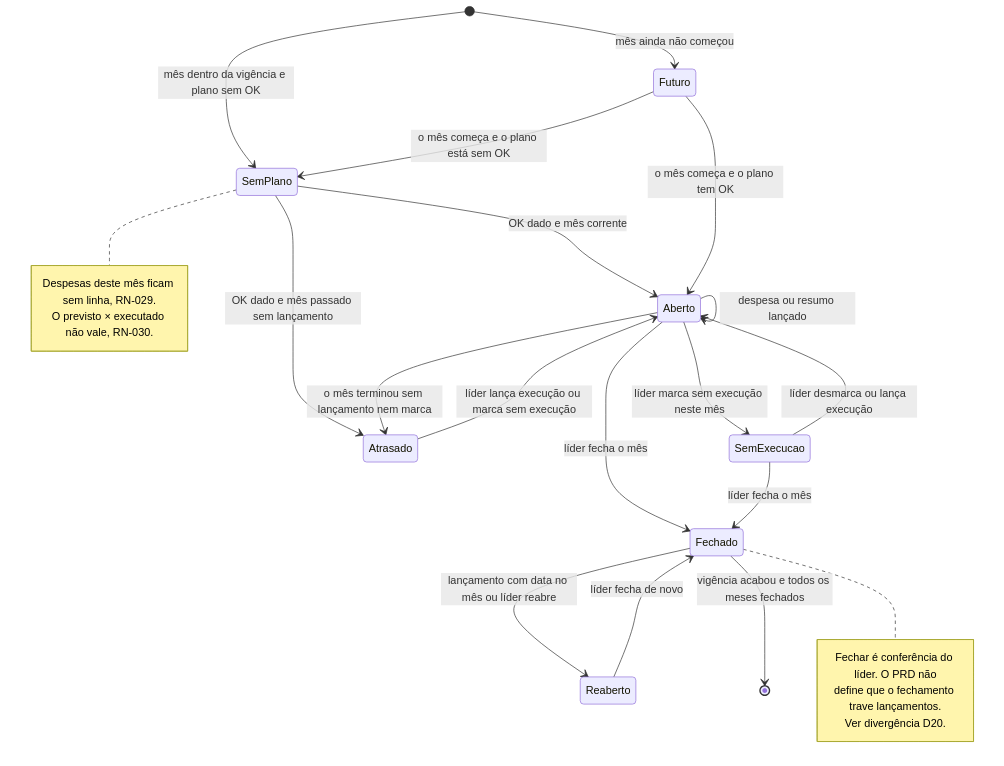
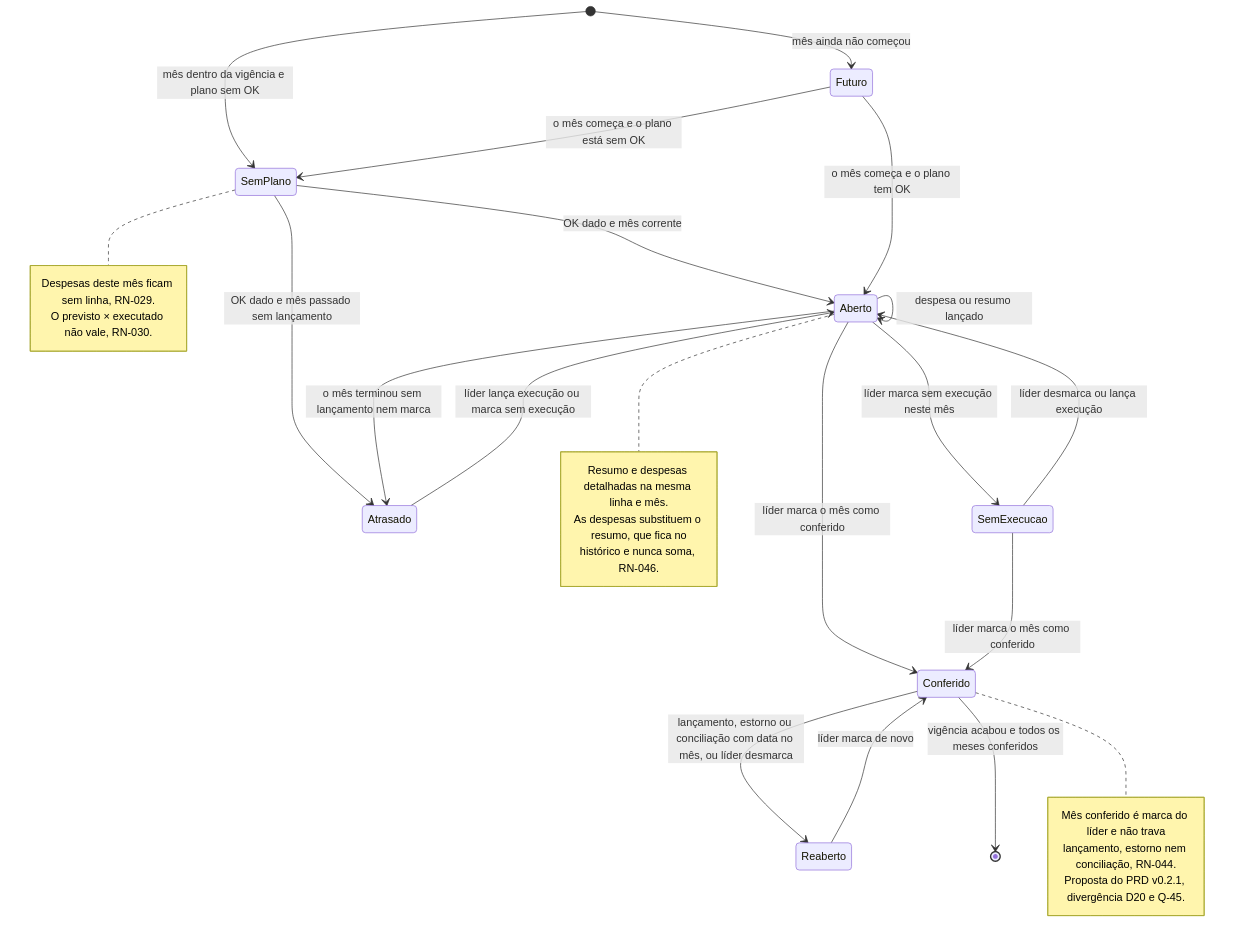
One commit to Beguelly/gestprojet changed diagram 19 of 26 in docs/04-workflows.md. Above: the diagram before and after it, drawn with Mermaid. The commit also changed other lines of this file and 2 other files, not shown here.

````diff
--- a/docs/04-workflows.md
+++ b/docs/04-workflows.md
@@ -1443,29 +1500,34 @@
 ```mermaid
 stateDiagram-v2
     [*] --> Futuro: mês ainda não começou
     [*] --> SemPlano: mês dentro da vigência e plano sem OK
     SemPlano --> Aberto: OK dado e mês corrente
     SemPlano --> Atrasado: OK dado e mês passado sem lançamento
     Futuro --> Aberto: o mês começa e o plano tem OK
     Futuro --> SemPlano: o mês começa e o plano está sem OK
     Aberto --> Aberto: despesa ou resumo lançado
     Aberto --> SemExecucao: líder marca sem execução neste mês
     SemExecucao --> Aberto: líder desmarca ou lança execução
     Aberto --> Atrasado: o mês terminou sem lançamento nem marca
     Atrasado --> Aberto: líder lança execução ou marca sem execução
-    Aberto --> Fechado: líder fecha o mês
-    SemExecucao --> Fechado: líder fecha o mês
-    Fechado --> Reaberto: lançamento com data no mês ou líder reabre
-    Reaberto --> Fechado: líder fecha de novo
-    Fechado --> [*]: vigência acabou e todos os meses fechados
+    Aberto --> Conferido: líder marca o mês como conferido
+    SemExecucao --> Conferido: líder marca o mês como conferido
+    Conferido --> Reaberto: lançamento, estorno ou conciliação com data no mês, ou líder desmarca
+    Reaberto --> Conferido: líder marca de novo
+    Conferido --> [*]: vigência acabou e todos os meses conferidos
 
-    note right of Fechado
-        Fechar é conferência do líder. O PRD não
-        define que o fechamento trave lançamentos.
-        Ver divergência D20.
+    note right of Conferido
+        Mês conferido é marca do líder e não trava
+        lançamento, estorno nem conciliação, RN-044.
+        Proposta do PRD v0.2.1, divergência D20 e Q-45.
+    end note
+    note right of Aberto
+        Resumo e despesas detalhadas na mesma linha e mês.
+        As despesas substituem o resumo, que fica no
+        histórico e nunca soma, RN-046.
     end note
     note right of SemPlano
         Despesas deste mês ficam sem linha, RN-029.
         O previsto × executado não vale, RN-030.
     end note
 ```
````
